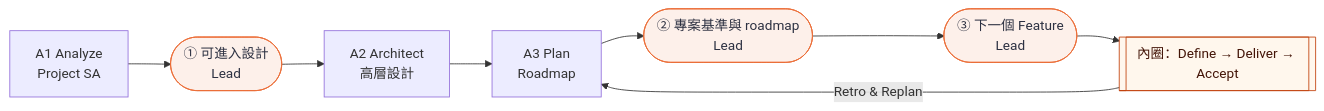
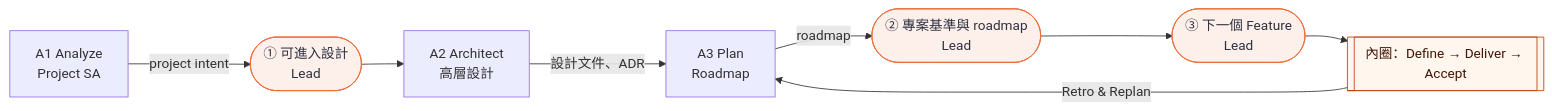
The second of 3 diagrams in docs/guide/user-guide.md (ellis429/loop-engineering), drawn with Mermaid before and after one commit. The commit also changed other lines of this file, not shown here.

````diff
--- a/docs/guide/user-guide.md
+++ b/docs/guide/user-guide.md
@@ -52,13 +53,13 @@
 ```mermaid
 flowchart LR
-  A1["A1 Analyze<br/>Project SA"] --> G1(["① 可進入設計<br/>Lead"])
+  A1["A1 Analyze<br/>Project SA"] -->|project intent| G1(["① 可進入設計<br/>Lead"])
   G1 --> A2["A2 Architect<br/>高層設計"]
-  A2 --> A3["A3 Plan<br/>Roadmap"]
-  A3 --> G2(["② 專案基準與 roadmap<br/>Lead"])
+  A2 -->|設計文件、ADR| A3["A3 Plan<br/>Roadmap"]
+  A3 -->|roadmap| G2(["② 專案基準與 roadmap<br/>Lead"])
   G2 --> G3(["③ 下一個 Feature<br/>Lead"])
   G3 --> IN[["內圈：Define → Deliver → Accept"]]
   IN -->|Retro & Replan| A3
   classDef gate fill:#fdf0ea,stroke:#eb6c36,color:#2d3142
   class G1,G2,G3 gate
   style IN fill:#fff7ed,stroke:#c2410c,color:#431407
 ```
````
